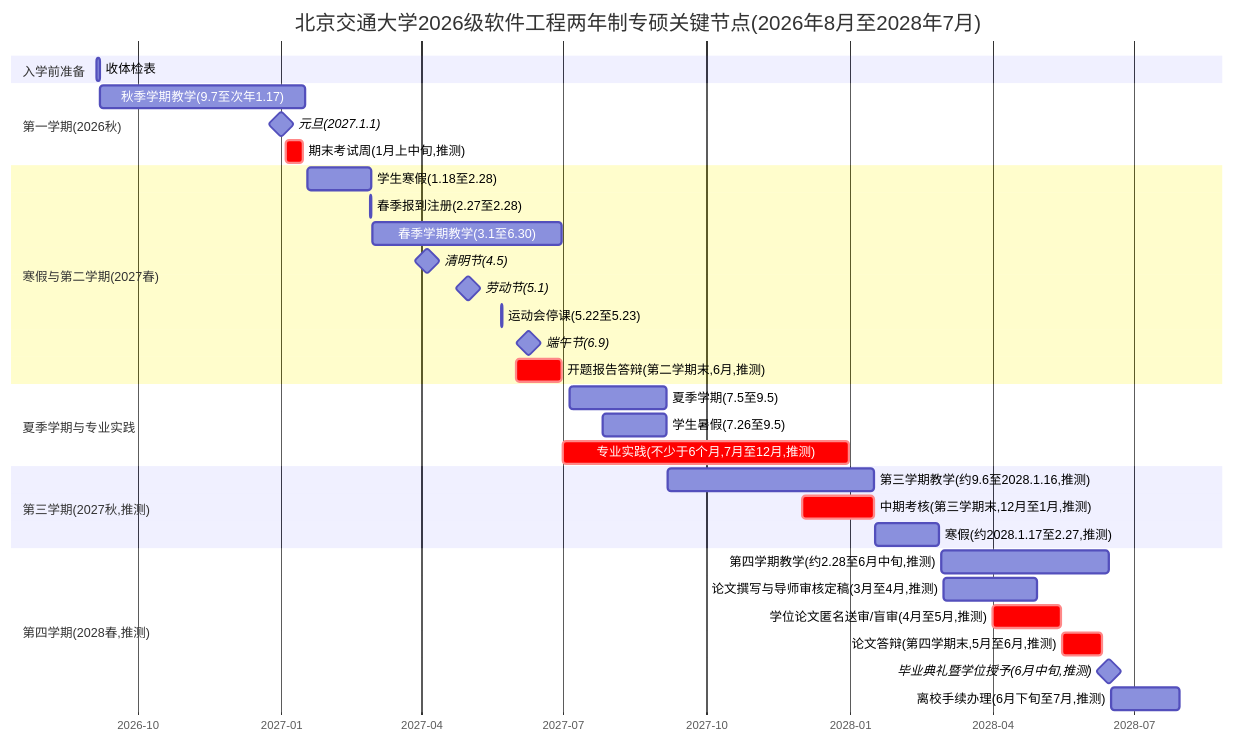
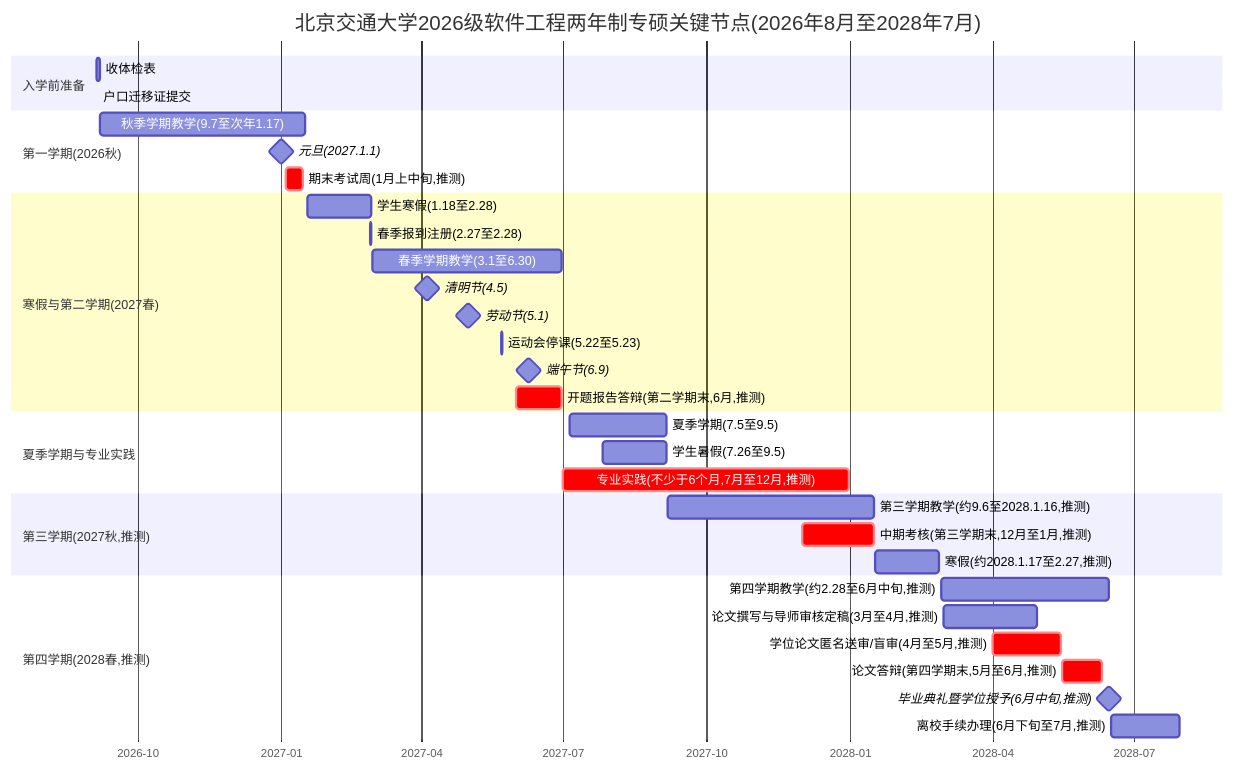
The diagram in gantt.md (leo372239-1024/mermaid-gantt-share), drawn with Mermaid before and after one commit.

Commit message:
sync: add: b2 户口迁移证提交

````diff
--- a/gantt.md
+++ b/gantt.md
@@ -13,38 +13,39 @@
 ```mermaid
 gantt
     title 北京交通大学2026级软件工程两年制专硕关键节点(2026年8月至2028年7月)
     dateFormat YYYY-MM-DD
     axisFormat %Y-%m
     section 入学前准备
     收体检表 :b1, 2026-09-05, 2026-09-07
+    户口迁移证提交 :b2, 2026-09-06, 0d
     section 报到与注册
     section 开学季事务(班级通知)
     section 第一学期(2026秋)
     秋季学期教学(9.7至次年1.17) :t7, 2026-09-07, 2027-01-17
     元旦(2027.1.1) :milestone, m7, 2027-01-01, 0d
     期末考试周(1月上中旬,推测) :crit, t8, 2027-01-04, 2027-01-15
     section 寒假与第二学期(2027春)
     学生寒假(1.18至2.28) :t9, 2027-01-18, 2027-02-28
     春季报到注册(2.27至2.28) :t10, 2027-02-27, 2027-02-28
     春季学期教学(3.1至6.30) :t11, 2027-03-01, 2027-06-30
     清明节(4.5) :milestone, m8, 2027-04-05, 0d
     劳动节(5.1) :milestone, m9, 2027-05-01, 0d
     运动会停课(5.22至5.23) :t12, 2027-05-22, 2027-05-23
     端午节(6.9) :milestone, m10, 2027-06-09, 0d
     开题报告答辩(第二学期末,6月,推测) :crit, t13, 2027-06-01, 2027-06-30
     section 夏季学期与专业实践
     夏季学期(7.5至9.5) :t14, 2027-07-05, 2027-09-05
     学生暑假(7.26至9.5) :t15, 2027-07-26, 2027-09-05
     专业实践(不少于6个月,7月至12月,推测) :crit, t16, 2027-07-01, 2027-12-31
     section 第三学期(2027秋,推测)
     第三学期教学(约9.6至2028.1.16,推测) :t17, 2027-09-06, 2028-01-16
     中期考核(第三学期末,12月至1月,推测) :crit, t18, 2027-12-01, 2028-01-16
     寒假(约2028.1.17至2.27,推测) :t19, 2028-01-17, 2028-02-27
     section 第四学期(2028春,推测)
     第四学期教学(约2.28至6月中旬,推测) :t20, 2028-02-28, 2028-06-15
     论文撰写与导师审核定稿(3月至4月,推测) :t21, 2028-03-01, 2028-04-30
     学位论文匿名送审/盲审(4月至5月,推测) :crit, t22, 2028-04-01, 2028-05-15
     论文答辩(第四学期末,5月至6月,推测) :crit, t23, 2028-05-16, 2028-06-10
     毕业典礼暨学位授予(6月中旬,推测) :milestone, m11, 2028-06-15, 0d
     离校手续办理(6月下旬至7月,推测) :t24, 2028-06-16, 2028-07-30
 ```
````
